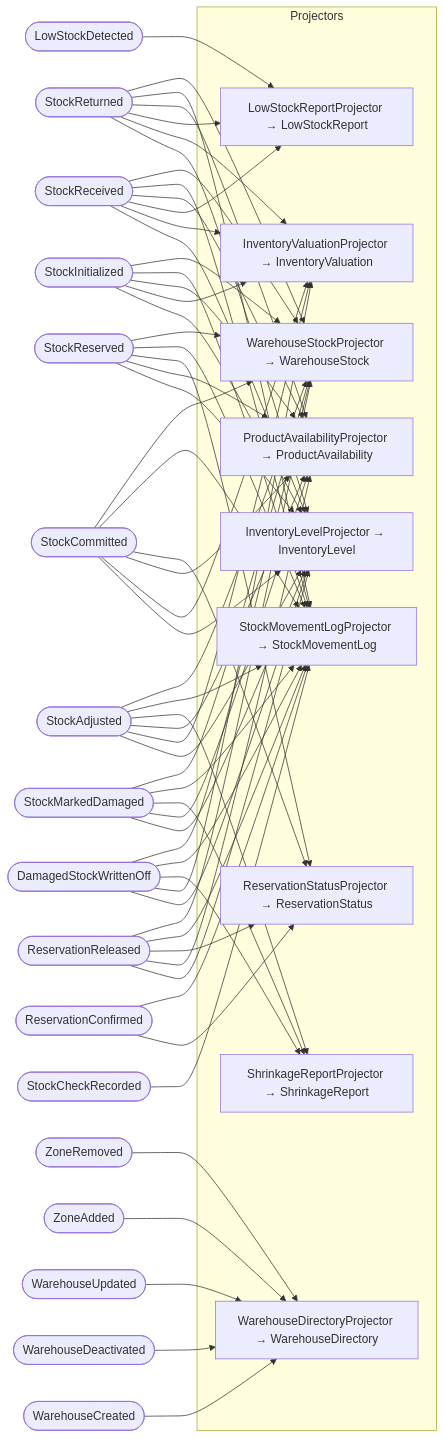
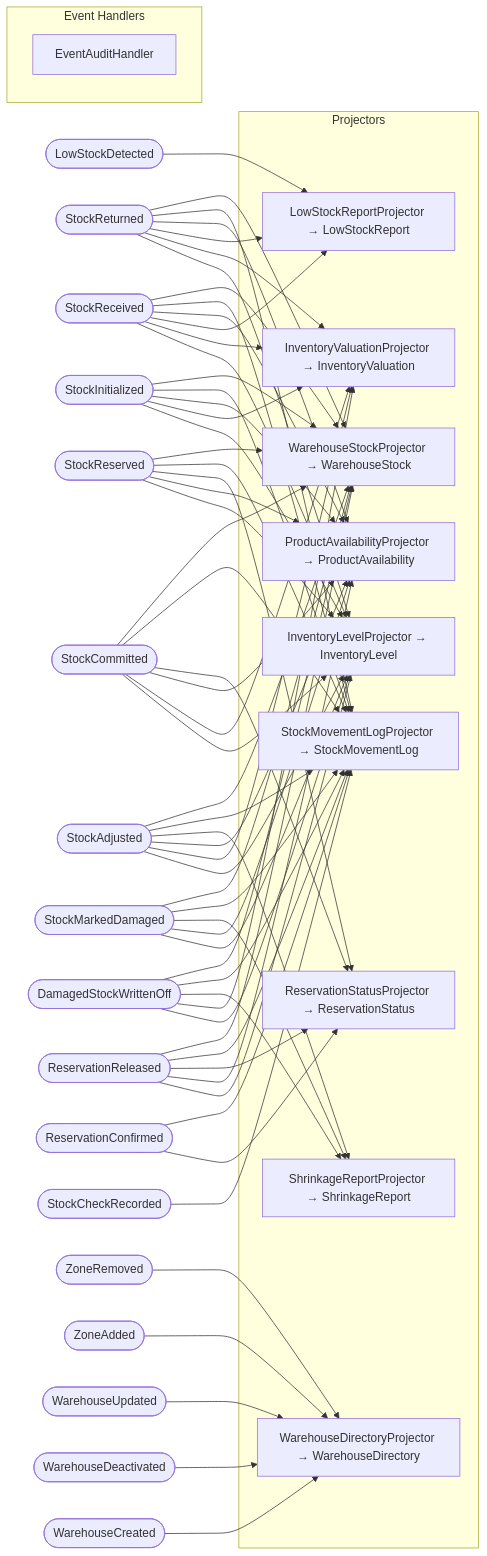
The third of 3 diagrams in docs/inventory/event-flows.md (proteanhq/shopstream), drawn with Mermaid before and after one commit. The commit also changed 45 other files, not shown here.

```diff
--- a/docs/inventory/event-flows.md
+++ b/docs/inventory/event-flows.md
@@ -123,6 +123,9 @@
     evt_inventory_warehouse_events_WarehouseUpdated([WarehouseUpdated])
     evt_inventory_warehouse_events_ZoneAdded([ZoneAdded])
     evt_inventory_warehouse_events_ZoneRemoved([ZoneRemoved])
+    subgraph event_handlers["Event Handlers"]
+        eh_inventory_projections_event_audit_EventAuditHandler[EventAuditHandler]
+    end
     subgraph projectors["Projectors"]
         proj_inventory_projections_inventory_level_InventoryLevelProjector[InventoryLevelProjector → InventoryLevel]
         proj_inventory_projections_inventory_valuation_InventoryValuationProjector[InventoryValuationProjector → InventoryValuation]
```
